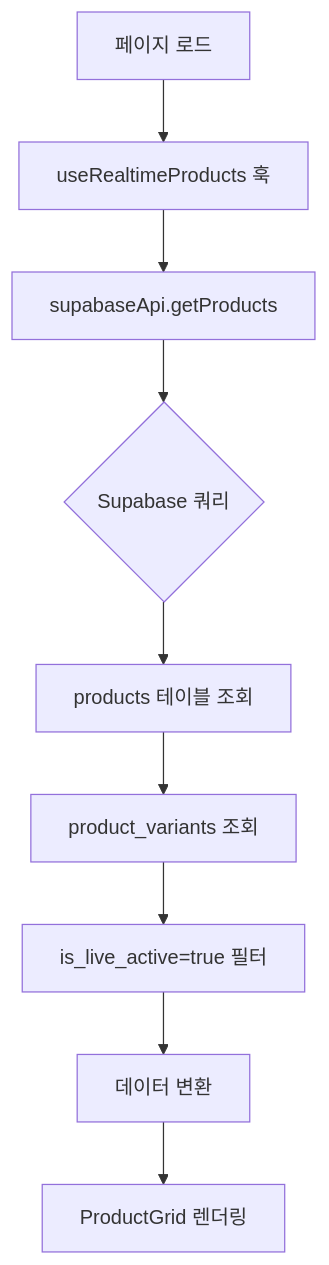
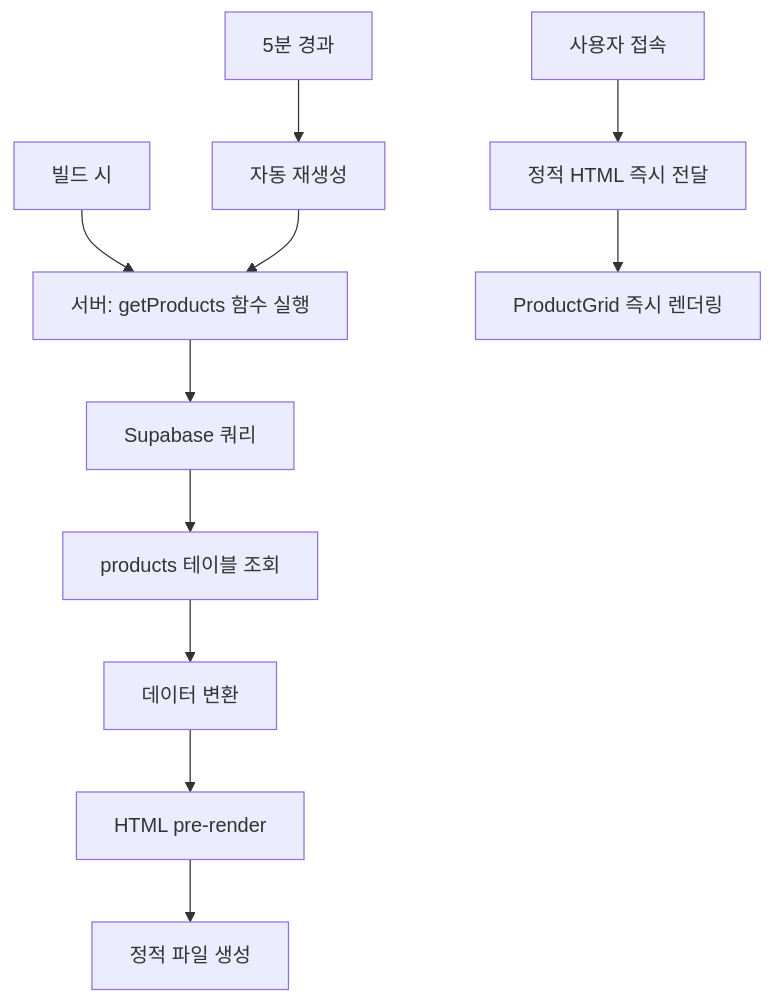
The first of 12 diagrams in DETAILED_DATA_FLOW.md (Theloho/live-commerce), drawn with Mermaid before and after one commit. The commit also changed other lines of this file and 9 other files, not shown here.

````diff
--- a/DETAILED_DATA_FLOW.md
+++ b/DETAILED_DATA_FLOW.md
@@ -215,11 +215,15 @@
 ```mermaid
 graph TD
-    A[페이지 로드] --> B[useRealtimeProducts 훅]
-    B --> C[supabaseApi.getProducts]
-    C --> D{Supabase 쿼리}
-    D --> E[products 테이블 조회]
-    E --> F[product_variants 조회]
-    F --> G[is_live_active=true 필터]
-    G --> H[데이터 변환]
-    H --> I[ProductGrid 렌더링]
+    A[빌드 시] --> B[서버: getProducts 함수 실행]
+    B --> C[Supabase 쿼리]
+    C --> D[products 테이블 조회]
+    D --> E[데이터 변환]
+    E --> F[HTML pre-render]
+    F --> G[정적 파일 생성]
+
+    H[사용자 접속] --> I[정적 HTML 즉시 전달]
+    I --> J[ProductGrid 즉시 렌더링]
+
+    K[5분 경과] --> L[자동 재생성]
+    L --> B
 ```
````
